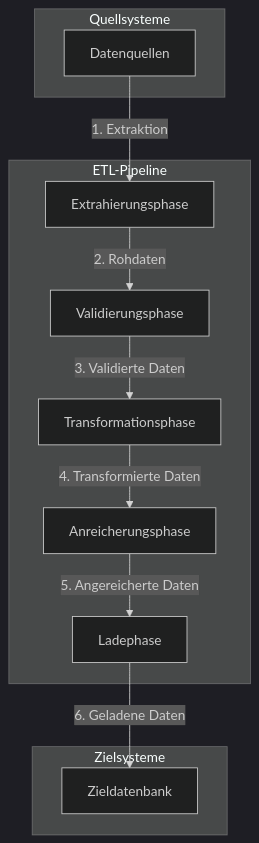
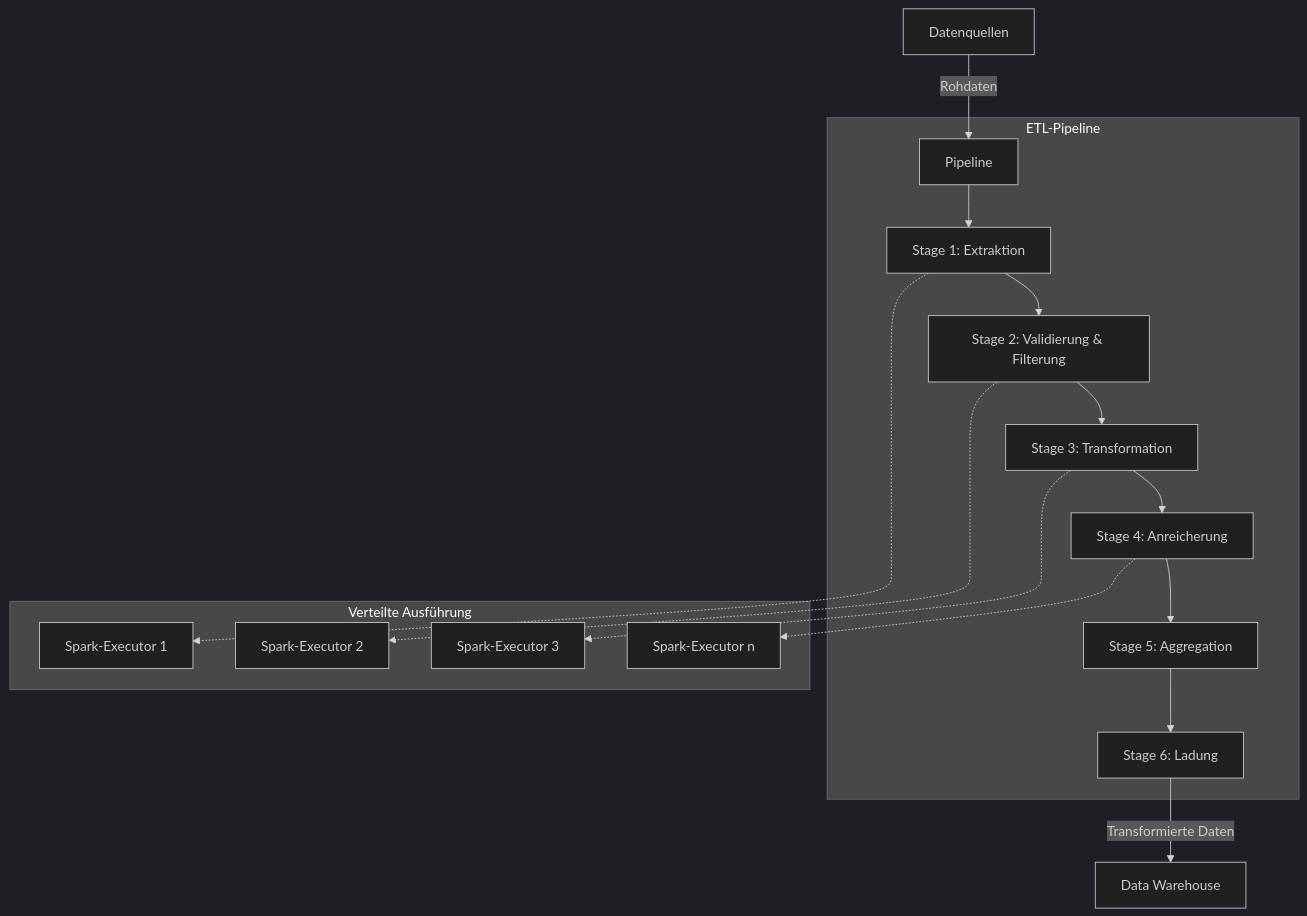
One commit to scimbe/VS_Pattern_By_KI changed the second of 8 diagrams in Pipeline/docs/USE_CASES.md. Above: the diagram before and after it, drawn with Mermaid (dark theme). The commit also changed other lines of this file and 19 other files, not shown here.

````diff
--- a/Pipeline/docs/USE_CASES.md
+++ b/Pipeline/docs/USE_CASES.md
@@ -36,25 +36,22 @@
 ```mermaid
 flowchart TD
-    A[Datenquellen] -->|1. Extraktion| B[Extrahierungsphase]
-    B -->|2. Rohdaten| C[Validierungsphase]
-    C -->|3. Validierte Daten| D[Transformationsphase]
-    D -->|4. Transformierte Daten| E[Anreicherungsphase]
-    E -->|5. Angereicherte Daten| F[Ladephase]
-    F -->|6. Geladene Daten| G[Zieldatenbank]
+    A[Datenquellen] -->|Rohdaten| B[Pipeline]
     
-    subgraph "Quellsysteme"
-        A
+    subgraph "ETL-Pipeline"
+        B --> C[Stage 1: Extraktion]
+        C --> D[Stage 2: Validierung & Filterung]
+        D --> E[Stage 3: Transformation]
+        E --> F[Stage 4: Anreicherung]
+        F --> G[Stage 5: Aggregation]
+        G --> H[Stage 6: Ladung]
     end
     
-    subgraph "ETL-Pipeline"
-        B
-        C
-        D
-        E
-        F
-    end
+    H -->|Transformierte Daten| I[Data Warehouse]
     
-    subgraph "Zielsysteme"
-        G
+    subgraph "Verteilte Ausführung"
+        C -.-> J[Spark-Executor 1]
+        D -.-> K[Spark-Executor 2]
+        E -.-> L[Spark-Executor 3]
+        F -.-> M[Spark-Executor n]
     end
 ```
````
